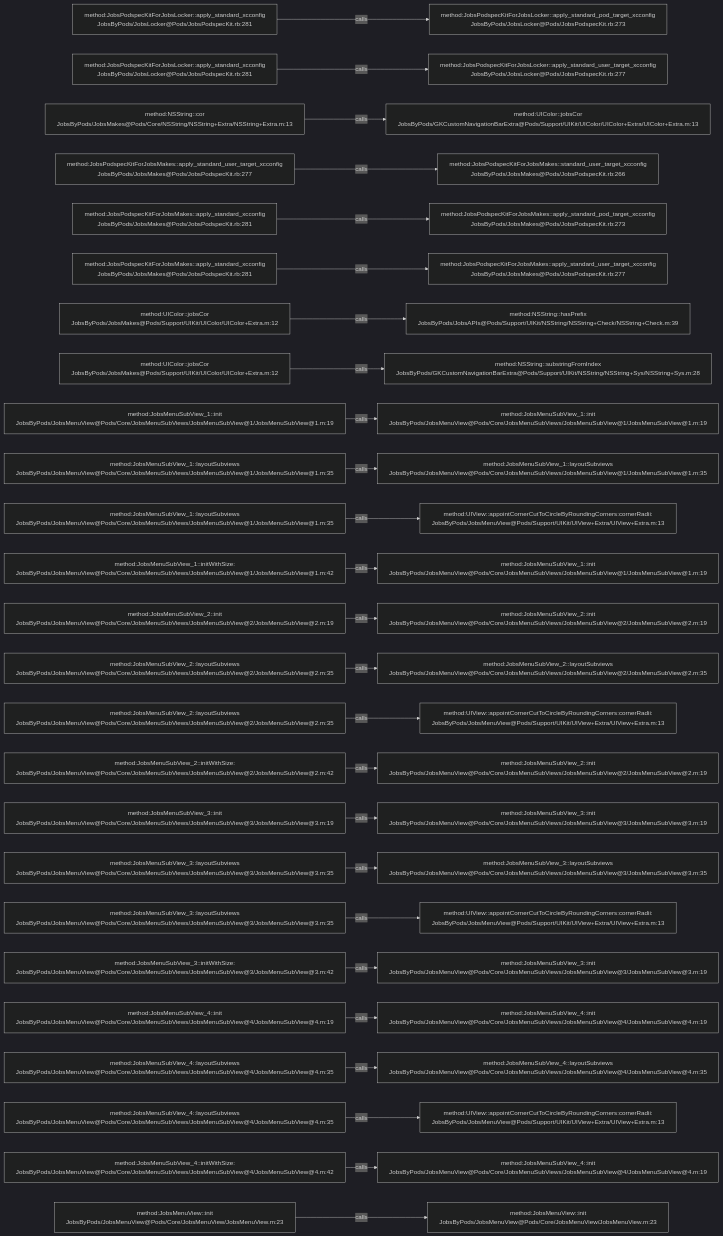
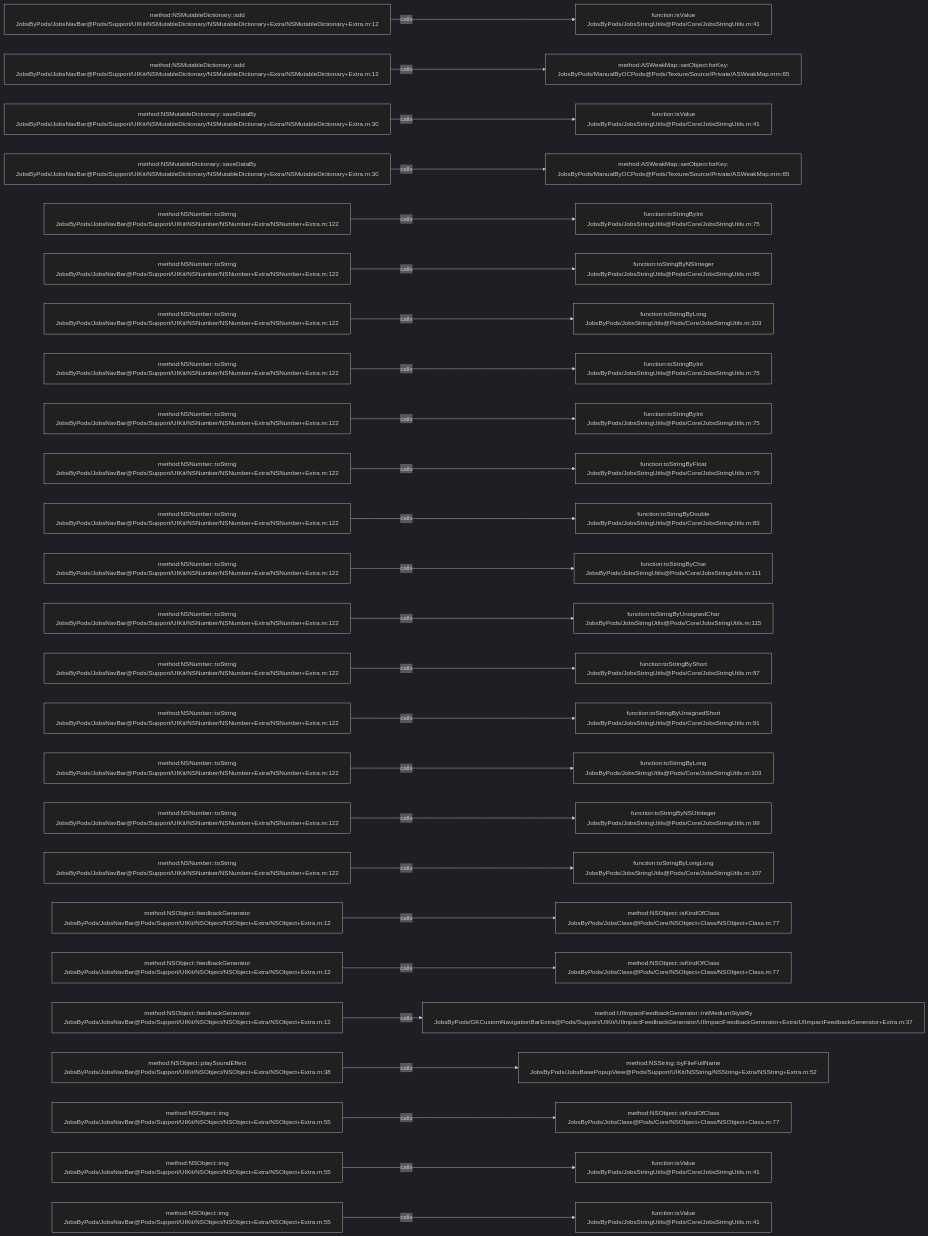
Before and after one commit to JobsKits/JobsOCBaseConfigDemo: the diagram in .codegraph/codegraph.md/graphs/calls-112.md, drawn with Mermaid (dark theme). The commit also changed 639 other files, not shown here.

````diff
--- a/.codegraph/codegraph.md/graphs/calls-112.md
+++ b/.codegraph/codegraph.md/graphs/calls-112.md
@@ -13,78 +13,78 @@
 ```mermaid
 flowchart LR
-  S1["method:JobsPodspecKitForJobsLocker::apply_standard_xcconfig<br/>JobsByPods/JobsLocker@Pods/JobsPodspecKit.rb:281"]
-  T1["method:JobsPodspecKitForJobsLocker::apply_standard_pod_target_xcconfig<br/>JobsByPods/JobsLocker@Pods/JobsPodspecKit.rb:273"]
+  S1["method:NSMutableDictionary::add<br/>JobsByPods/JobsNavBar@Pods/Support/UIKit/NSMutableDictionary/NSMutableDictionary+Extra/NSMutableDictionary+Extra.m:12"]
+  T1["function:isValue<br/>JobsByPods/JobsStringUtils@Pods/Core/JobsStringUtils.m:41"]
   S1 -->|calls| T1
-  S2["method:JobsPodspecKitForJobsLocker::apply_standard_xcconfig<br/>JobsByPods/JobsLocker@Pods/JobsPodspecKit.rb:281"]
-  T2["method:JobsPodspecKitForJobsLocker::apply_standard_user_target_xcconfig<br/>JobsByPods/JobsLocker@Pods/JobsPodspecKit.rb:277"]
+  S2["method:NSMutableDictionary::add<br/>JobsByPods/JobsNavBar@Pods/Support/UIKit/NSMutableDictionary/NSMutableDictionary+Extra/NSMutableDictionary+Extra.m:12"]
+  T2["method:ASWeakMap::setObject:forKey:<br/>JobsByPods/ManualByOCPods@Pods/Texture/Source/Private/ASWeakMap.mm:65"]
   S2 -->|calls| T2
-  S3["method:NSString::cor<br/>JobsByPods/JobsMakes@Pods/Core/NSString/NSString+Extra/NSString+Extra.m:13"]
-  T3["method:UIColor::jobsCor<br/>JobsByPods/GKCustomNavigationBarExtra@Pods/Support/UIKit/UIColor/UIColor+Extra/UIColor+Extra.m:13"]
+  S3["method:NSMutableDictionary::saveDataBy<br/>JobsByPods/JobsNavBar@Pods/Support/UIKit/NSMutableDictionary/NSMutableDictionary+Extra/NSMutableDictionary+Extra.m:30"]
+  T3["function:isValue<br/>JobsByPods/JobsStringUtils@Pods/Core/JobsStringUtils.m:41"]
   S3 -->|calls| T3
-  S4["method:JobsPodspecKitForJobsMakes::apply_standard_user_target_xcconfig<br/>JobsByPods/JobsMakes@Pods/JobsPodspecKit.rb:277"]
-  T4["method:JobsPodspecKitForJobsMakes::standard_user_target_xcconfig<br/>JobsByPods/JobsMakes@Pods/JobsPodspecKit.rb:266"]
+  S4["method:NSMutableDictionary::saveDataBy<br/>JobsByPods/JobsNavBar@Pods/Support/UIKit/NSMutableDictionary/NSMutableDictionary+Extra/NSMutableDictionary+Extra.m:30"]
+  T4["method:ASWeakMap::setObject:forKey:<br/>JobsByPods/ManualByOCPods@Pods/Texture/Source/Private/ASWeakMap.mm:65"]
   S4 -->|calls| T4
-  S5["method:JobsPodspecKitForJobsMakes::apply_standard_xcconfig<br/>JobsByPods/JobsMakes@Pods/JobsPodspecKit.rb:281"]
-  T5["method:JobsPodspecKitForJobsMakes::apply_standard_pod_target_xcconfig<br/>JobsByPods/JobsMakes@Pods/JobsPodspecKit.rb:273"]
+  S5["method:NSNumber::toString<br/>JobsByPods/JobsNavBar@Pods/Support/UIKit/NSNumber/NSNumber+Extra/NSNumber+Extra.m:122"]
+  T5["function:toStringByInt<br/>JobsByPods/JobsStringUtils@Pods/Core/JobsStringUtils.m:75"]
   S5 -->|calls| T5
-  S6["method:JobsPodspecKitForJobsMakes::apply_standard_xcconfig<br/>JobsByPods/JobsMakes@Pods/JobsPodspecKit.rb:281"]
-  T6["method:JobsPodspecKitForJobsMakes::apply_standard_user_target_xcconfig<br/>JobsByPods/JobsMakes@Pods/JobsPodspecKit.rb:277"]
+  S6["method:NSNumber::toString<br/>JobsByPods/JobsNavBar@Pods/Support/UIKit/NSNumber/NSNumber+Extra/NSNumber+Extra.m:122"]
+  T6["function:toStringByNSInteger<br/>JobsByPods/JobsStringUtils@Pods/Core/JobsStringUtils.m:95"]
   S6 -->|calls| T6
-  S7["method:UIColor::jobsCor<br/>JobsByPods/JobsMakes@Pods/Support/UIKit/UIColor/UIColor+Extra.m:12"]
-  T7["method:NSString::hasPrefix<br/>JobsByPods/JobsAPIs@Pods/Support/UIKit/NSString/NSString+Check/NSString+Check.m:39"]
+  S7["method:NSNumber::toString<br/>JobsByPods/JobsNavBar@Pods/Support/UIKit/NSNumber/NSNumber+Extra/NSNumber+Extra.m:122"]
+  T7["function:toStringByLong<br/>JobsByPods/JobsStringUtils@Pods/Core/JobsStringUtils.m:103"]
   S7 -->|calls| T7
-  S8["method:UIColor::jobsCor<br/>JobsByPods/JobsMakes@Pods/Support/UIKit/UIColor/UIColor+Extra.m:12"]
-  T8["method:NSString::substringFromIndex<br/>JobsByPods/GKCustomNavigationBarExtra@Pods/Support/UIKit/NSString/NSString+Sys/NSString+Sys.m:28"]
+  S8["method:NSNumber::toString<br/>JobsByPods/JobsNavBar@Pods/Support/UIKit/NSNumber/NSNumber+Extra/NSNumber+Extra.m:122"]
+  T8["function:toStringByInt<br/>JobsByPods/JobsStringUtils@Pods/Core/JobsStringUtils.m:75"]
   S8 -->|calls| T8
-  S9["method:JobsMenuSubView_1::init<br/>JobsByPods/JobsMenuView@Pods/Core/JobsMenuSubViews/JobsMenuSubView@1/JobsMenuSubView@1.m:19"]
-  T9["method:JobsMenuSubView_1::init<br/>JobsByPods/JobsMenuView@Pods/Core/JobsMenuSubViews/JobsMenuSubView@1/JobsMenuSubView@1.m:19"]
+  S9["method:NSNumber::toString<br/>JobsByPods/JobsNavBar@Pods/Support/UIKit/NSNumber/NSNumber+Extra/NSNumber+Extra.m:122"]
+  T9["function:toStringByInt<br/>JobsByPods/JobsStringUtils@Pods/Core/JobsStringUtils.m:75"]
   S9 -->|calls| T9
-  S10["method:JobsMenuSubView_1::layoutSubviews<br/>JobsByPods/JobsMenuView@Pods/Core/JobsMenuSubViews/JobsMenuSubView@1/JobsMenuSubView@1.m:35"]
-  T10["method:JobsMenuSubView_1::layoutSubviews<br/>JobsByPods/JobsMenuView@Pods/Core/JobsMenuSubViews/JobsMenuSubView@1/JobsMenuSubView@1.m:35"]
+  S10["method:NSNumber::toString<br/>JobsByPods/JobsNavBar@Pods/Support/UIKit/NSNumber/NSNumber+Extra/NSNumber+Extra.m:122"]
+  T10["function:toStringByFloat<br/>JobsByPods/JobsStringUtils@Pods/Core/JobsStringUtils.m:79"]
   S10 -->|calls| T10
-  S11["method:JobsMenuSubView_1::layoutSubviews<br/>JobsByPods/JobsMenuView@Pods/Core/JobsMenuSubViews/JobsMenuSubView@1/JobsMenuSubView@1.m:35"]
-  T11["method:UIView::appointCornerCutToCircleByRoundingCorners:cornerRadii:<br/>JobsByPods/JobsMenuView@Pods/Support/UIKit/UIView+Extra/UIView+Extra.m:13"]
+  S11["method:NSNumber::toString<br/>JobsByPods/JobsNavBar@Pods/Support/UIKit/NSNumber/NSNumber+Extra/NSNumber+Extra.m:122"]
+  T11["function:toStringByDouble<br/>JobsByPods/JobsStringUtils@Pods/Core/JobsStringUtils.m:83"]
   S11 -->|calls| T11
-  S12["method:JobsMenuSubView_1::initWithSize:<br/>JobsByPods/JobsMenuView@Pods/Core/JobsMenuSubViews/JobsMenuSubView@1/JobsMenuSubView@1.m:42"]
-  T12["method:JobsMenuSubView_1::init<br/>JobsByPods/JobsMenuView@Pods/Core/JobsMenuSubViews/JobsMenuSubView@1/JobsMenuSubView@1.m:19"]
+  S12["method:NSNumber::toString<br/>JobsByPods/JobsNavBar@Pods/Support/UIKit/NSNumber/NSNumber+Extra/NSNumber+Extra.m:122"]
+  T12["function:toStringByChar<br/>JobsByPods/JobsStringUtils@Pods/Core/JobsStringUtils.m:111"]
   S12 -->|calls| T12
-  S13["method:JobsMenuSubView_2::init<br/>JobsByPods/JobsMenuView@Pods/Core/JobsMenuSubViews/JobsMenuSubView@2/JobsMenuSubView@2.m:19"]
-  T13["method:JobsMenuSubView_2::init<br/>JobsByPods/JobsMenuView@Pods/Core/JobsMenuSubViews/JobsMenuSubView@2/JobsMenuSubView@2.m:19"]
+  S13["method:NSNumber::toString<br/>JobsByPods/JobsNavBar@Pods/Support/UIKit/NSNumber/NSNumber+Extra/NSNumber+Extra.m:122"]
+  T13["function:toStringByUnsignedChar<br/>JobsByPods/JobsStringUtils@Pods/Core/JobsStringUtils.m:115"]
   S13 -->|calls| T13
-  S14["method:JobsMenuSubView_2::layoutSubviews<br/>JobsByPods/JobsMenuView@Pods/Core/JobsMenuSubViews/JobsMenuSubView@2/JobsMenuSubView@2.m:35"]
-  T14["method:JobsMenuSubView_2::layoutSubviews<br/>JobsByPods/JobsMenuView@Pods/Core/JobsMenuSubViews/JobsMenuSubView@2/JobsMenuSubView@2.m:35"]
+  S14["method:NSNumber::toString<br/>JobsByPods/JobsNavBar@Pods/Support/UIKit/NSNumber/NSNumber+Extra/NSNumber+Extra.m:122"]
+  T14["function:toStringByShort<br/>JobsByPods/JobsStringUtils@Pods/Core/JobsStringUtils.m:87"]
   S14 -->|calls| T14
-  S15["method:JobsMenuSubView_2::layoutSubviews<br/>JobsByPods/JobsMenuView@Pods/Core/JobsMenuSubViews/JobsMenuSubView@2/JobsMenuSubView@2.m:35"]
-  T15["method:UIView::appointCornerCutToCircleByRoundingCorners:cornerRadii:<br/>JobsByPods/JobsMenuView@Pods/Support/UIKit/UIView+Extra/UIView+Extra.m:13"]
+  S15["method:NSNumber::toString<br/>JobsByPods/JobsNavBar@Pods/Support/UIKit/NSNumber/NSNumber+Extra/NSNumber+Extra.m:122"]
+  T15["function:toStringByUnsignedShort<br/>JobsByPods/JobsStringUtils@Pods/Core/JobsStringUtils.m:91"]
   S15 -->|calls| T15
-  S16["method:JobsMenuSubView_2::initWithSize:<br/>JobsByPods/JobsMenuView@Pods/Core/JobsMenuSubViews/JobsMenuSubView@2/JobsMenuSubView@2.m:42"]
-  T16["method:JobsMenuSubView_2::init<br/>JobsByPods/JobsMenuView@Pods/Core/JobsMenuSubViews/JobsMenuSubView@2/JobsMenuSubView@2.m:19"]
+  S16["method:NSNumber::toString<br/>JobsByPods/JobsNavBar@Pods/Support/UIKit/NSNumber/NSNumber+Extra/NSNumber+Extra.m:122"]
+  T16["function:toStringByLong<br/>JobsByPods/JobsStringUtils@Pods/Core/JobsStringUtils.m:103"]
   S16 -->|calls| T16
-  S17["method:JobsMenuSubView_3::init<br/>JobsByPods/JobsMenuView@Pods/Core/JobsMenuSubViews/JobsMenuSubView@3/JobsMenuSubView@3.m:19"]
-  T17["method:JobsMenuSubView_3::init<br/>JobsByPods/JobsMenuView@Pods/Core/JobsMenuSubViews/JobsMenuSubView@3/JobsMenuSubView@3.m:19"]
+  S17["method:NSNumber::toString<br/>JobsByPods/JobsNavBar@Pods/Support/UIKit/NSNumber/NSNumber+Extra/NSNumber+Extra.m:122"]
+  T17["function:toStringByNSUInteger<br/>JobsByPods/JobsStringUtils@Pods/Core/JobsStringUtils.m:99"]
   S17 -->|calls| T17
-  S18["method:JobsMenuSubView_3::layoutSubviews<br/>JobsByPods/JobsMenuView@Pods/Core/JobsMenuSubViews/JobsMenuSubView@3/JobsMenuSubView@3.m:35"]
-  T18["method:JobsMenuSubView_3::layoutSubviews<br/>JobsByPods/JobsMenuView@Pods/Core/JobsMenuSubViews/JobsMenuSubView@3/JobsMenuSubView@3.m:35"]
+  S18["method:NSNumber::toString<br/>JobsByPods/JobsNavBar@Pods/Support/UIKit/NSNumber/NSNumber+Extra/NSNumber+Extra.m:122"]
+  T18["function:toStringByLongLong<br/>JobsByPods/JobsStringUtils@Pods/Core/JobsStringUtils.m:107"]
   S18 -->|calls| T18
-  S19["method:JobsMenuSubView_3::layoutSubviews<br/>JobsByPods/JobsMenuView@Pods/Core/JobsMenuSubViews/JobsMenuSubView@3/JobsMenuSubView@3.m:35"]
-  T19["method:UIView::appointCornerCutToCircleByRoundingCorners:cornerRadii:<br/>JobsByPods/JobsMenuView@Pods/Support/UIKit/UIView+Extra/UIView+Extra.m:13"]
+  S19["method:NSObject::feedbackGenerator<br/>JobsByPods/JobsNavBar@Pods/Support/UIKit/NSObject/NSObject+Extra/NSObject+Extra.m:12"]
+  T19["method:NSObject::isKindOfClass<br/>JobsByPods/JobsClass@Pods/Core/NSObject+Class/NSObject+Class.m:77"]
   S19 -->|calls| T19
-  S20["method:JobsMenuSubView_3::initWithSize:<br/>JobsByPods/JobsMenuView@Pods/Core/JobsMenuSubViews/JobsMenuSubView@3/JobsMenuSubView@3.m:42"]
-  T20["method:JobsMenuSubView_3::init<br/>JobsByPods/JobsMenuView@Pods/Core/JobsMenuSubViews/JobsMenuSubView@3/JobsMenuSubView@3.m:19"]
+  S20["method:NSObject::feedbackGenerator<br/>JobsByPods/JobsNavBar@Pods/Support/UIKit/NSObject/NSObject+Extra/NSObject+Extra.m:12"]
+  T20["method:NSObject::isKindOfClass<br/>JobsByPods/JobsClass@Pods/Core/NSObject+Class/NSObject+Class.m:77"]
   S20 -->|calls| T20
-  S21["method:JobsMenuSubView_4::init<br/>JobsByPods/JobsMenuView@Pods/Core/JobsMenuSubViews/JobsMenuSubView@4/JobsMenuSubView@4.m:19"]
-  T21["method:JobsMenuSubView_4::init<br/>JobsByPods/JobsMenuView@Pods/Core/JobsMenuSubViews/JobsMenuSubView@4/JobsMenuSubView@4.m:19"]
+  S21["method:NSObject::feedbackGenerator<br/>JobsByPods/JobsNavBar@Pods/Support/UIKit/NSObject/NSObject+Extra/NSObject+Extra.m:12"]
+  T21["method:UIImpactFeedbackGenerator::initMediumStyleBy<br/>JobsByPods/GKCustomNavigationBarExtra@Pods/Support/UIKit/UIImpactFeedbackGenerator/UIImpactFeedbackGenerator+Extra/UIImpactFeedbackGenerator+Extra.m:37"]
   S21 -->|calls| T21
-  S22["method:JobsMenuSubView_4::layoutSubviews<br/>JobsByPods/JobsMenuView@Pods/Core/JobsMenuSubViews/JobsMenuSubView@4/JobsMenuSubView@4.m:35"]
-  T22["method:JobsMenuSubView_4::layoutSubviews<br/>JobsByPods/JobsMenuView@Pods/Core/JobsMenuSubViews/JobsMenuSubView@4/JobsMenuSubView@4.m:35"]
+  S22["method:NSObject::playSoundEffect<br/>JobsByPods/JobsNavBar@Pods/Support/UIKit/NSObject/NSObject+Extra/NSObject+Extra.m:38"]
+  T22["method:NSString::byFileFullName<br/>JobsByPods/JobsBasePopupView@Pods/Support/UIKit/NSString/NSString+Extra/NSString+Extra.m:52"]
   S22 -->|calls| T22
-  S23["method:JobsMenuSubView_4::layoutSubviews<br/>JobsByPods/JobsMenuView@Pods/Core/JobsMenuSubViews/JobsMenuSubView@4/JobsMenuSubView@4.m:35"]
-  T23["method:UIView::appointCornerCutToCircleByRoundingCorners:cornerRadii:<br/>JobsByPods/JobsMenuView@Pods/Support/UIKit/UIView+Extra/UIView+Extra.m:13"]
+  S23["method:NSObject::img<br/>JobsByPods/JobsNavBar@Pods/Support/UIKit/NSObject/NSObject+Extra/NSObject+Extra.m:55"]
+  T23["method:NSObject::isKindOfClass<br/>JobsByPods/JobsClass@Pods/Core/NSObject+Class/NSObject+Class.m:77"]
   S23 -->|calls| T23
-  S24["method:JobsMenuSubView_4::initWithSize:<br/>JobsByPods/JobsMenuView@Pods/Core/JobsMenuSubViews/JobsMenuSubView@4/JobsMenuSubView@4.m:42"]
-  T24["method:JobsMenuSubView_4::init<br/>JobsByPods/JobsMenuView@Pods/Core/JobsMenuSubViews/JobsMenuSubView@4/JobsMenuSubView@4.m:19"]
+  S24["method:NSObject::img<br/>JobsByPods/JobsNavBar@Pods/Support/UIKit/NSObject/NSObject+Extra/NSObject+Extra.m:55"]
+  T24["function:isValue<br/>JobsByPods/JobsStringUtils@Pods/Core/JobsStringUtils.m:41"]
   S24 -->|calls| T24
-  S25["method:JobsMenuView::init<br/>JobsByPods/JobsMenuView@Pods/Core/JobsMenuView/JobsMenuView.m:23"]
-  T25["method:JobsMenuView::init<br/>JobsByPods/JobsMenuView@Pods/Core/JobsMenuView/JobsMenuView.m:23"]
+  S25["method:NSObject::img<br/>JobsByPods/JobsNavBar@Pods/Support/UIKit/NSObject/NSObject+Extra/NSObject+Extra.m:55"]
+  T25["function:isValue<br/>JobsByPods/JobsStringUtils@Pods/Core/JobsStringUtils.m:41"]
   S25 -->|calls| T25
 ```
````
